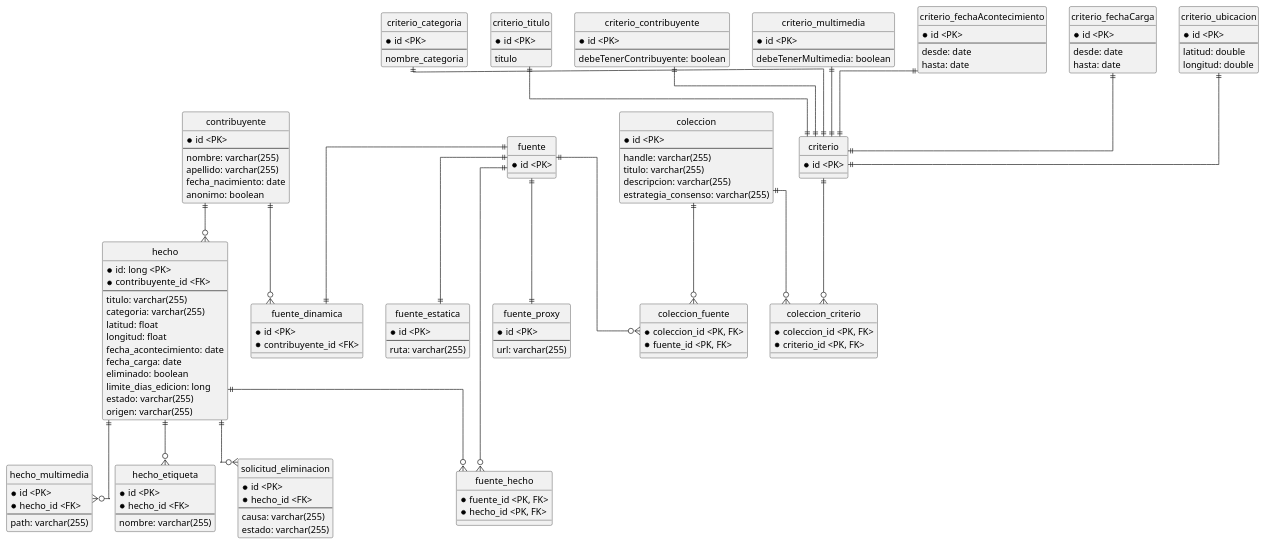
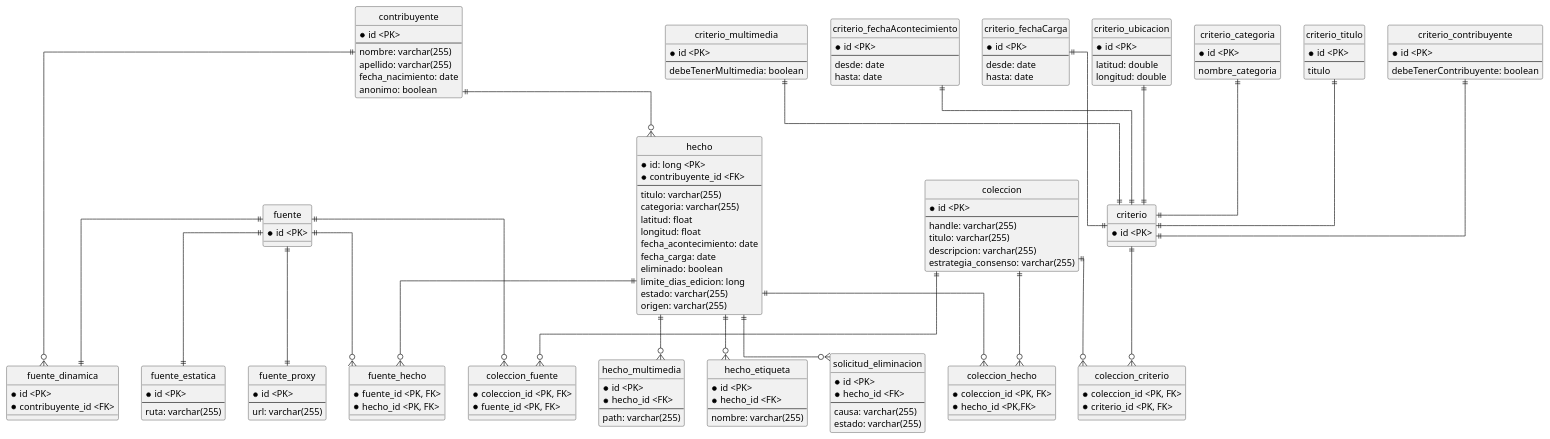
Before and after one commit to jotafabri/metamapa: the diagram in diagramas/hechosYSolicitudes.puml, drawn with PlantUML. The commit also changed 10 other files, not shown here.

```diff
--- a/diagramas/hechosYSolicitudes.puml
+++ b/diagramas/hechosYSolicitudes.puml
@@ -1,170 +1,177 @@
 @startuml
 hide circle
 skinparam linetype ortho
 
 entity contribuyente {
 * id <PK>
 --
 nombre: varchar(255)
 apellido: varchar(255)
 fecha_nacimiento: date
 anonimo: boolean
 }
 
 entity hecho {
 * id: long <PK>
 * contribuyente_id <FK>
 --
 titulo: varchar(255)
 categoria: varchar(255)
 latitud: float
 longitud: float
 fecha_acontecimiento: date
 fecha_carga: date
 eliminado: boolean
 limite_dias_edicion: long
 ' vienen de un enumerado
 estado: varchar(255)
 origen: varchar(255)
 }
 
 entity hecho_multimedia {
 * id <PK>
 * hecho_id <FK>
 --
 path: varchar(255)
 }
 
 entity hecho_etiqueta {
 * id <PK>
 * hecho_id <FK>
 --
 nombre: varchar(255)
 }
 
 entity solicitud_eliminacion {
 * id <PK>
 * hecho_id <FK>
 --
 causa: varchar(255)
 ' viene de un enumerado
 estado: varchar(255)
 }
 
 entity coleccion {
 * id <PK>
 --
 handle: varchar(255)
 titulo: varchar(255)
 descripcion: varchar(255)
 ' Por converter
 estrategia_consenso: varchar(255)
 }
 
 entity coleccion_criterio {
 * coleccion_id <PK, FK>
 * criterio_id <PK, FK>
 }
 
 entity criterio {
 * id <PK>
 }
 
 entity criterio_categoria {
 * id <PK>
 --
 nombre_categoria
 }
 
 entity criterio_titulo {
 * id <PK>
 --
 titulo
 }
 
 entity criterio_contribuyente {
 * id <PK>
 --
 debeTenerContribuyente: boolean
 }
 
 entity criterio_multimedia {
 * id <PK>
 --
 debeTenerMultimedia: boolean
 }
 
 entity criterio_fechaAcontecimiento {
 * id <PK>
 --
 desde: date
 hasta: date
 }
 
 entity criterio_fechaCarga {
 * id <PK>
 --
 desde: date
 hasta: date
 }
 
 entity criterio_ubicacion {
 * id <PK>
 --
 latitud: double
 longitud: double
 }
 
 entity fuente {
 * id <PK>
 }
 
 entity fuente_estatica {
 * id <PK>
 --
 ruta: varchar(255)
 }
 
 entity fuente_dinamica {
 * id <PK>
 * contribuyente_id <FK>
 }
 
 entity fuente_proxy {
 * id <PK>
 --
 url: varchar(255)
 }
 
 entity fuente_hecho {
 * fuente_id <PK, FK>
 * hecho_id <PK, FK>
 }
 
 entity coleccion_fuente {
 * coleccion_id <PK, FK>
 * fuente_id <PK, FK>
 }
 
+entity coleccion_hecho {
+* coleccion_id <PK, FK>
+* hecho_id <PK,FK>
+}
+
 contribuyente ||--o{ hecho
 hecho ||--o{ hecho_multimedia
 hecho ||--o{ hecho_etiqueta
 hecho ||--o{ solicitud_eliminacion
 coleccion ||--o{ coleccion_criterio
 criterio ||--o{ coleccion_criterio
 criterio_categoria ||--|| criterio
 criterio_titulo ||--|| criterio
 criterio_contribuyente ||--|| criterio
 criterio_multimedia ||--|| criterio
 criterio_fechaAcontecimiento ||--|| criterio
 criterio_fechaCarga ||--|| criterio
 criterio_ubicacion ||--|| criterio
 fuente ||--o{ fuente_hecho
 hecho ||--o{ fuente_hecho
 fuente ||--|| fuente_estatica
 fuente ||--|| fuente_dinamica
 fuente ||--|| fuente_proxy
 contribuyente ||--o{ fuente_dinamica
 coleccion ||--o{ coleccion_fuente
 fuente ||--o{ coleccion_fuente
+coleccion ||--o{ coleccion_hecho
+hecho ||--o{ coleccion_hecho
 @enduml
```
